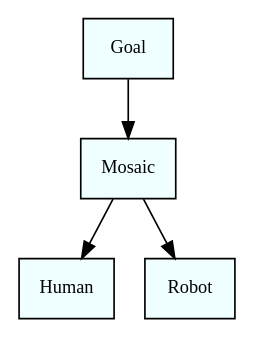
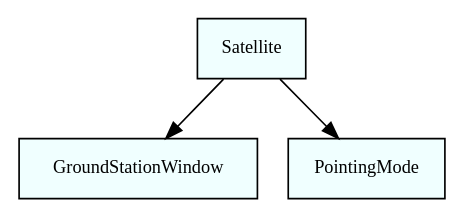
Before and after one commit to pstlab/roxanne_sa: the diagram in dependency_graph.dot, drawn with Graphviz. The commit also changed 485 other files, not shown here.

```diff
--- a/dependency_graph.dot
+++ b/dependency_graph.dot
@@ -1,5 +1,5 @@
 digraph dependency_graph {
 	rankdir=TB;
 	node [fontsize=11, style=filled, fillcolor=azure, shape = box]
-	Mosaic -> Human	Goal -> Mosaic	Mosaic -> Robot
+	Satellite -> GroundStationWindow	Satellite -> PointingMode
 }
```
